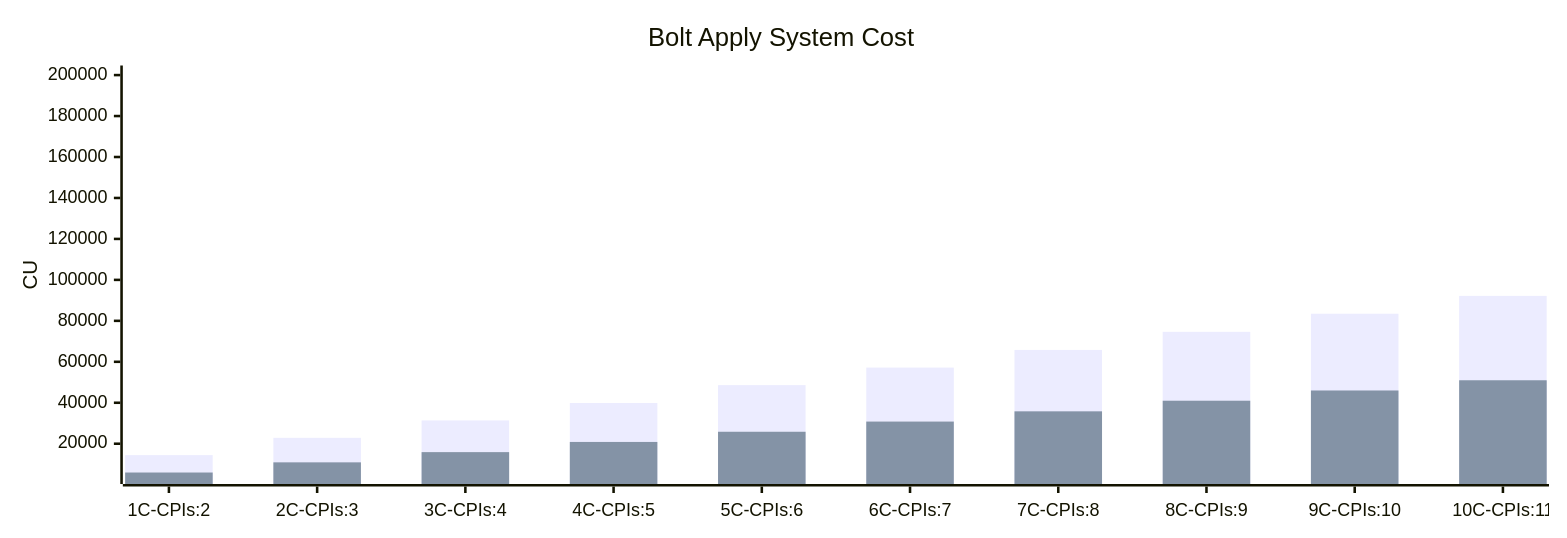
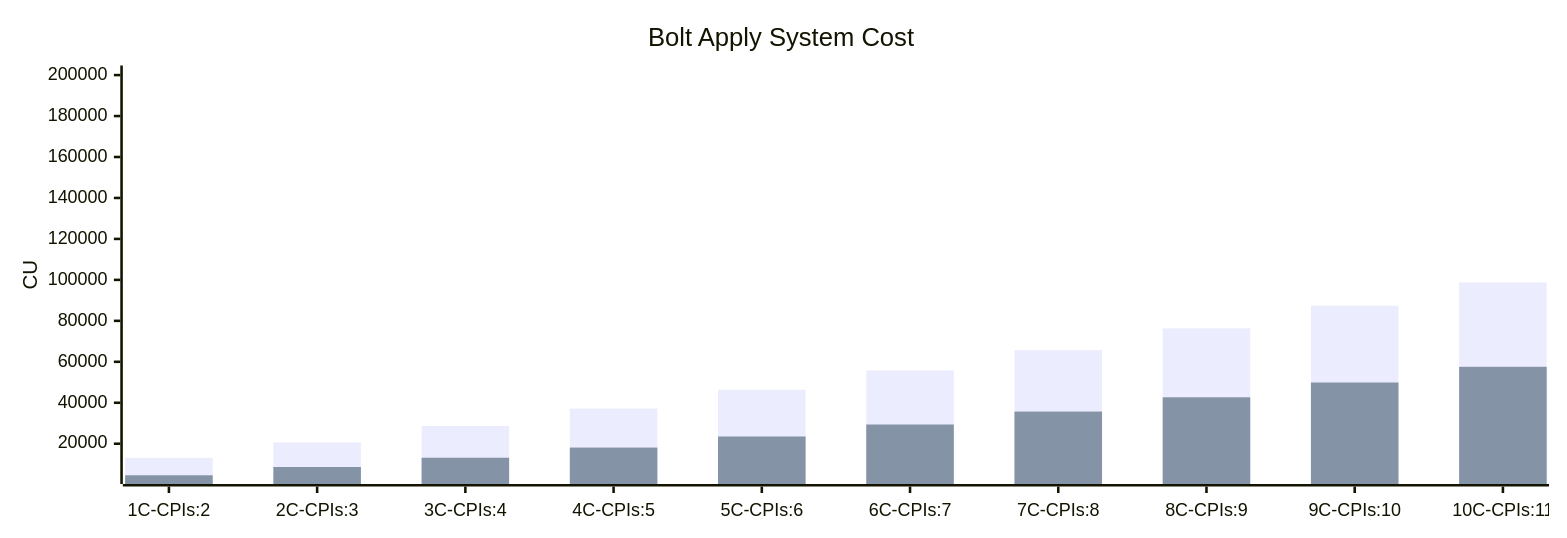
The diagram in docs/REPORT.md (magicblock-labs/bolt), drawn with Mermaid before and after one commit. The commit also changed 22 other files, not shown here.

````diff
--- a/docs/REPORT.md
+++ b/docs/REPORT.md
@@ -1,9 +1,9 @@
 ```mermaid
 %%{init: {"xyChart": {"width": 1200, "height": 400, "xAxis": {}}}}%%
 xychart
     title "Bolt Apply System Cost"
     x-axis ["1C-CPIs:2","2C-CPIs:3","3C-CPIs:4","4C-CPIs:5","5C-CPIs:6","6C-CPIs:7","7C-CPIs:8","8C-CPIs:9","9C-CPIs:10","10C-CPIs:11"]
     y-axis "CU" 5000 --> 200000
-    bar [14428,22876,31384,39897,48603,57176,65796,74635,83475,92178]
-    bar [5940,10903,15896,20868,25841,30816,35811,40997,45992,50986]
+    bar [13110,20640,28678,37169,46306,55754,65697,76307,87375,98746]
+    bar [4581,8633,13163,18120,23526,29382,35706,42669,49889,57556]
 ```
````
